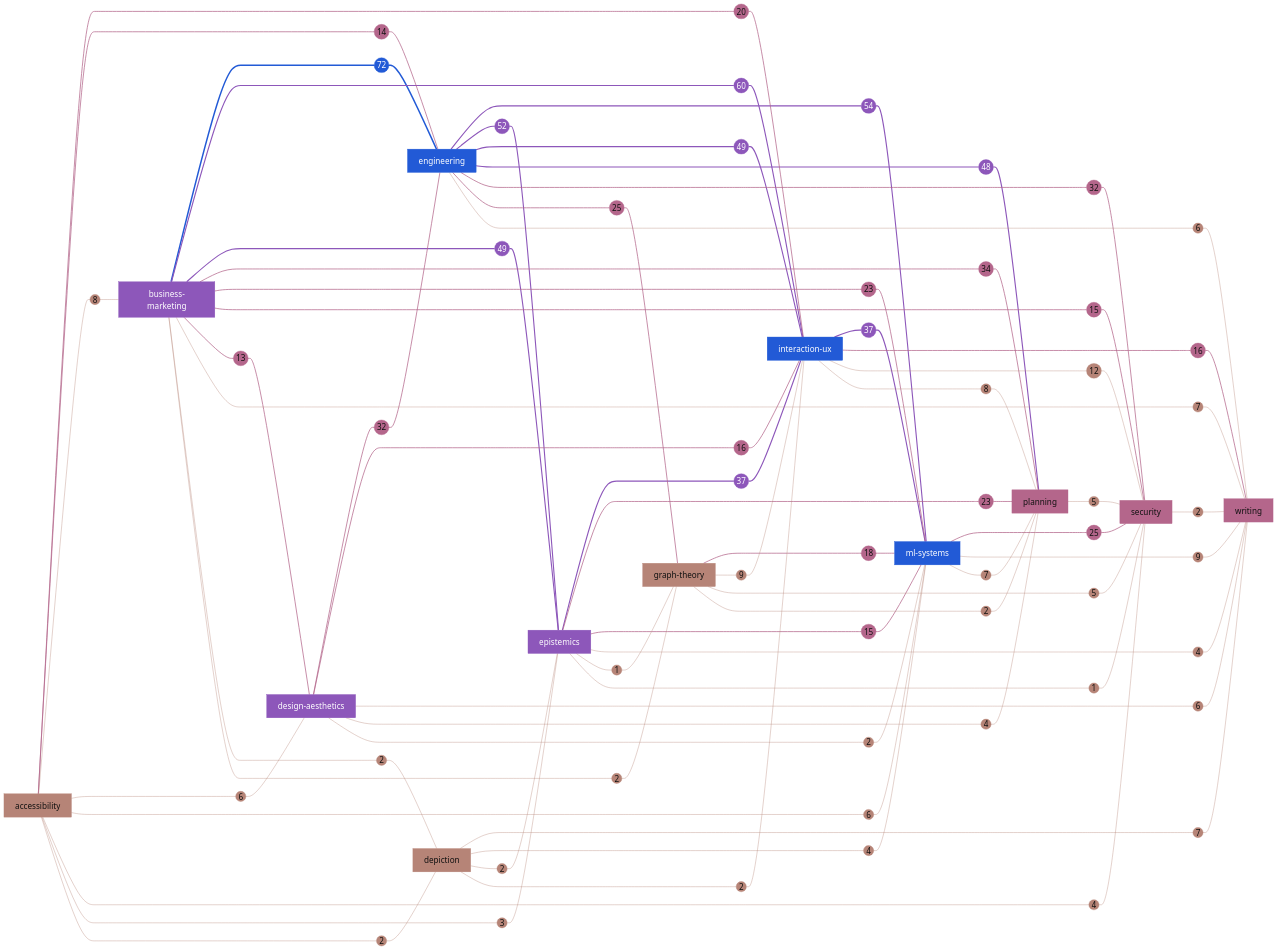
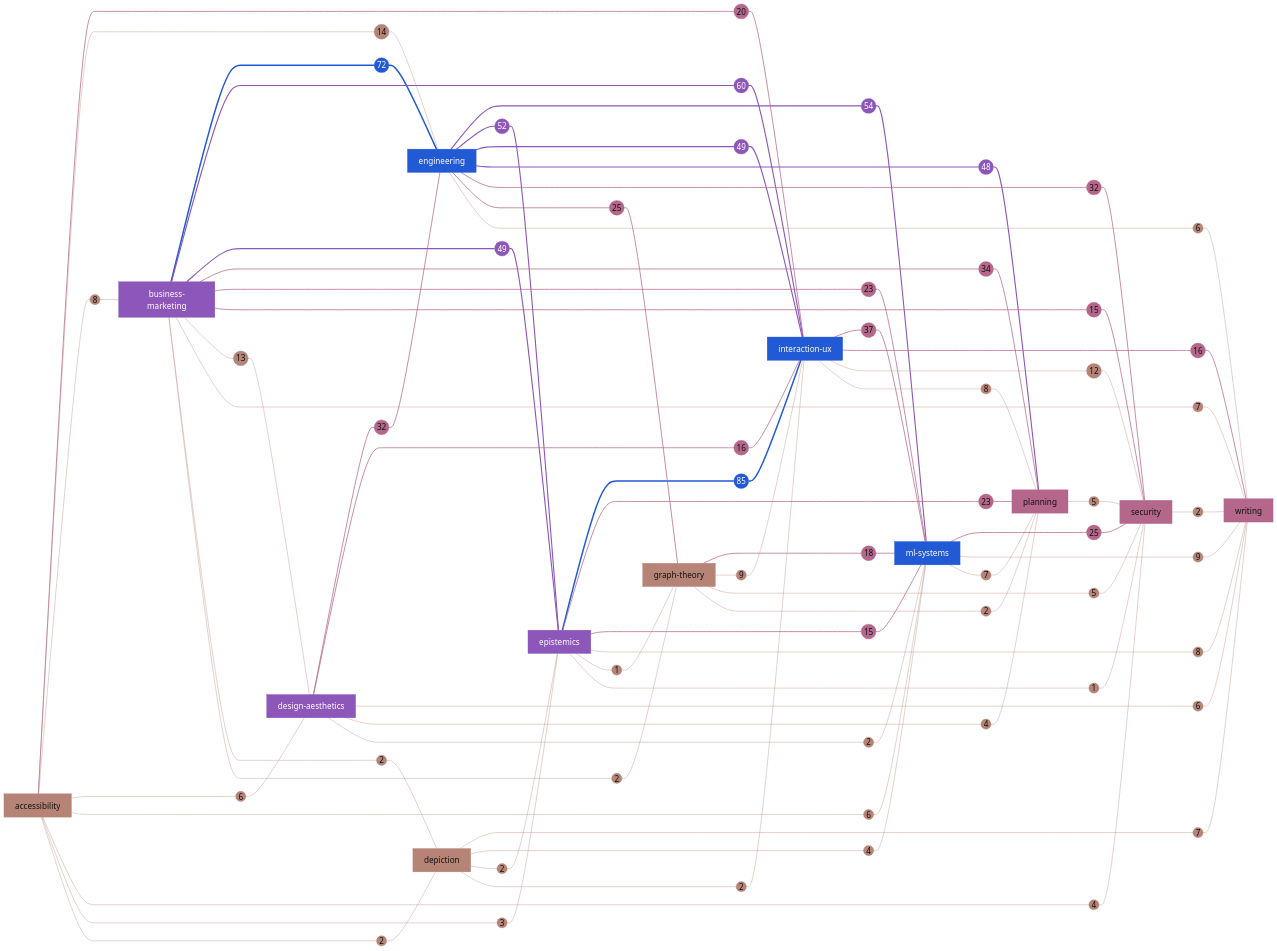
One commit to darce/heuristics-canon changed the first of 2 diagrams in GRAPH.md. Above: the diagram before and after it, drawn with Mermaid. The commit also changed other lines of this file and 6 other files, not shown here.

````diff
--- a/GRAPH.md
+++ b/GRAPH.md
@@ -36,6 +36,8 @@
   planning["planning"]
   security["security"]
   writing["writing"]
+  epistemics --- W_epistemics__interaction_ux((85))
+  W_epistemics__interaction_ux --- interaction_ux
   business_marketing --- W_business_marketing__engineering((72))
   W_business_marketing__engineering --- engineering
   business_marketing --- W_business_marketing__interaction_ux((60))
@@ -50,8 +52,6 @@
   W_engineering__interaction_ux --- interaction_ux
   engineering --- W_engineering__planning((48))
   W_engineering__planning --- planning
-  epistemics --- W_epistemics__interaction_ux((37))
-  W_epistemics__interaction_ux --- interaction_ux
   interaction_ux --- W_interaction_ux__ml_systems((37))
   W_interaction_ux__ml_systems --- ml_systems
   business_marketing --- W_business_marketing__planning((34))
@@ -92,6 +92,8 @@
   W_ml_systems__writing --- writing
   accessibility --- W_accessibility__business_marketing((8))
   W_accessibility__business_marketing --- business_marketing
+  epistemics --- W_epistemics__writing((8))
+  W_epistemics__writing --- writing
   interaction_ux --- W_interaction_ux__planning((8))
   W_interaction_ux__planning --- planning
   business_marketing --- W_business_marketing__writing((7))
@@ -118,8 +120,6 @@
   W_depiction__ml_systems --- ml_systems
   design_aesthetics --- W_design_aesthetics__planning((4))
   W_design_aesthetics__planning --- planning
-  epistemics --- W_epistemics__writing((4))
-  W_epistemics__writing --- writing
   accessibility --- W_accessibility__epistemics((3))
   W_accessibility__epistemics --- epistemics
   accessibility --- W_accessibility__depiction((2))
@@ -146,12 +146,12 @@
   classDef seq_1 fill:#B4668B,color:#111111,stroke:#B4668B
   classDef seq_2 fill:#8D57BA,color:#FFFFFF,stroke:#8D57BA
   classDef seq_3 fill:#225AD6,color:#FFFFFF,stroke:#225AD6
-  class accessibility,depiction,graph_theory,W_interaction_ux__security,W_graph_theory__interaction_ux,W_ml_systems__writing,W_accessibility__business_marketing,W_interaction_ux__planning,W_business_marketing__writing,W_depiction__writing,W_ml_systems__planning,W_accessibility__design_aesthetics,W_accessibility__ml_systems,W_design_aesthetics__writing,W_engineering__writing,W_graph_theory__security,W_planning__security,W_accessibility__security,W_depiction__ml_systems,W_design_aesthetics__planning,W_epistemics__writing,W_accessibility__epistemics,W_accessibility__depiction,W_business_marketing__depiction,W_business_marketing__graph_theory,W_depiction__epistemics,W_depiction__interaction_ux,W_design_aesthetics__ml_systems,W_graph_theory__planning,W_security__writing,W_epistemics__graph_theory,W_epistemics__security seq_0
-  class planning,security,writing,W_business_marketing__planning,W_design_aesthetics__engineering,W_engineering__security,W_engineering__graph_theory,W_ml_systems__security,W_business_marketing__ml_systems,W_epistemics__planning,W_accessibility__interaction_ux,W_graph_theory__ml_systems,W_design_aesthetics__interaction_ux,W_interaction_ux__writing,W_business_marketing__security,W_epistemics__ml_systems,W_accessibility__engineering,W_business_marketing__design_aesthetics seq_1
-  class business_marketing,design_aesthetics,epistemics,W_business_marketing__interaction_ux,W_engineering__ml_systems,W_engineering__epistemics,W_business_marketing__epistemics,W_engineering__interaction_ux,W_engineering__planning,W_epistemics__interaction_ux,W_interaction_ux__ml_systems seq_2
-  class engineering,interaction_ux,ml_systems,W_business_marketing__engineering seq_3
-  linkStyle 0,1 stroke:#225AD6,stroke-width:4px
-  linkStyle 2,3,4,5,6,7,8,9,10,11,12,13,14,15,16,17 stroke:#8D57BA,stroke-width:3px
-  linkStyle 18,19,20,21,22,23,24,25,26,27,28,29,30,31,32,33,34,35,36,37,38,39,40,41,42,43,44,45,46,47 stroke:#B4668B,stroke-width:2px
-  linkStyle 48,49,50,51,52,53,54,55,56,57,58,59,60,61,62,63,64,65,66,67,68,69,70,71,72,73,74,75,76,77,78,79,80,81,82,83,84,85,86,87,88,89,90,91,92,93,94,95,96,97,98,99,100,101,102,103,104,105 stroke:#B68477,stroke-width:1px
+  class accessibility,depiction,graph_theory,W_accessibility__engineering,W_business_marketing__design_aesthetics,W_interaction_ux__security,W_graph_theory__interaction_ux,W_ml_systems__writing,W_accessibility__business_marketing,W_epistemics__writing,W_interaction_ux__planning,W_business_marketing__writing,W_depiction__writing,W_ml_systems__planning,W_accessibility__design_aesthetics,W_accessibility__ml_systems,W_design_aesthetics__writing,W_engineering__writing,W_graph_theory__security,W_planning__security,W_accessibility__security,W_depiction__ml_systems,W_design_aesthetics__planning,W_accessibility__epistemics,W_accessibility__depiction,W_business_marketing__depiction,W_business_marketing__graph_theory,W_depiction__epistemics,W_depiction__interaction_ux,W_design_aesthetics__ml_systems,W_graph_theory__planning,W_security__writing,W_epistemics__graph_theory,W_epistemics__security seq_0
+  class planning,security,writing,W_interaction_ux__ml_systems,W_business_marketing__planning,W_design_aesthetics__engineering,W_engineering__security,W_engineering__graph_theory,W_ml_systems__security,W_business_marketing__ml_systems,W_epistemics__planning,W_accessibility__interaction_ux,W_graph_theory__ml_systems,W_design_aesthetics__interaction_ux,W_interaction_ux__writing,W_business_marketing__security,W_epistemics__ml_systems seq_1
+  class business_marketing,design_aesthetics,epistemics,W_business_marketing__interaction_ux,W_engineering__ml_systems,W_engineering__epistemics,W_business_marketing__epistemics,W_engineering__interaction_ux,W_engineering__planning seq_2
+  class engineering,interaction_ux,ml_systems,W_epistemics__interaction_ux,W_business_marketing__engineering seq_3
+  linkStyle 0,1,2,3 stroke:#225AD6,stroke-width:4px
+  linkStyle 4,5,6,7,8,9,10,11,12,13,14,15 stroke:#8D57BA,stroke-width:3px
+  linkStyle 16,17,18,19,20,21,22,23,24,25,26,27,28,29,30,31,32,33,34,35,36,37,38,39,40,41,42,43 stroke:#B4668B,stroke-width:2px
+  linkStyle 44,45,46,47,48,49,50,51,52,53,54,55,56,57,58,59,60,61,62,63,64,65,66,67,68,69,70,71,72,73,74,75,76,77,78,79,80,81,82,83,84,85,86,87,88,89,90,91,92,93,94,95,96,97,98,99,100,101,102,103,104,105 stroke:#B68477,stroke-width:1px
 ```
````
